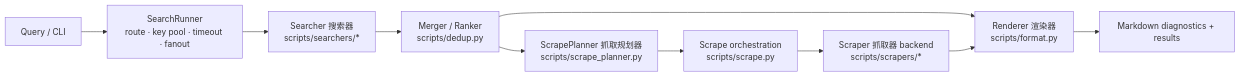
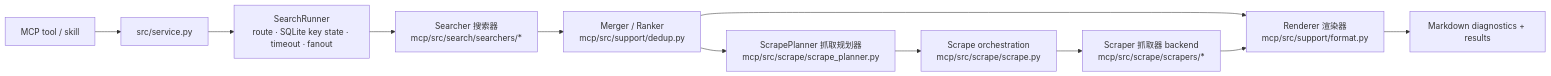
The diagram in README.md (inorilzy/multi-search-skill), drawn with Mermaid before and after one commit. The commit also changed other lines of this file and 16 other files, not shown here.

````diff
--- a/README.md
+++ b/README.md
@@ -159,12 +158,13 @@
 ```mermaid
 flowchart LR
-    Q[Query / CLI] --> SR[SearchRunner<br/>route · key pool · timeout · fanout]
-    SR --> S[Searcher 搜索器<br/>scripts/searchers/*]
-    S --> M[Merger / Ranker<br/>scripts/dedup.py]
-    M --> SP[ScrapePlanner 抓取规划器<br/>scripts/scrape_planner.py]
-    SP --> SO[Scrape orchestration<br/>scripts/scrape.py]
-    SO --> B[Scraper 抓取器 backend<br/>scripts/scrapers/*]
-    M --> R[Renderer 渲染器<br/>scripts/format.py]
+    Q[MCP tool / skill] --> SVC[src/service.py]
+    SVC --> SR[SearchRunner<br/>route · SQLite key state · timeout · fanout]
+    SR --> S[Searcher 搜索器<br/>mcp/src/search/searchers/*]
+    S --> M[Merger / Ranker<br/>mcp/src/support/dedup.py]
+    M --> SP[ScrapePlanner 抓取规划器<br/>mcp/src/scrape/scrape_planner.py]
+    SP --> SO[Scrape orchestration<br/>mcp/src/scrape/scrape.py]
+    SO --> B[Scraper 抓取器 backend<br/>mcp/src/scrape/scrapers/*]
+    M --> R[Renderer 渲染器<br/>mcp/src/support/format.py]
     B --> R
     R --> O[Markdown diagnostics + results]
 ```
````
